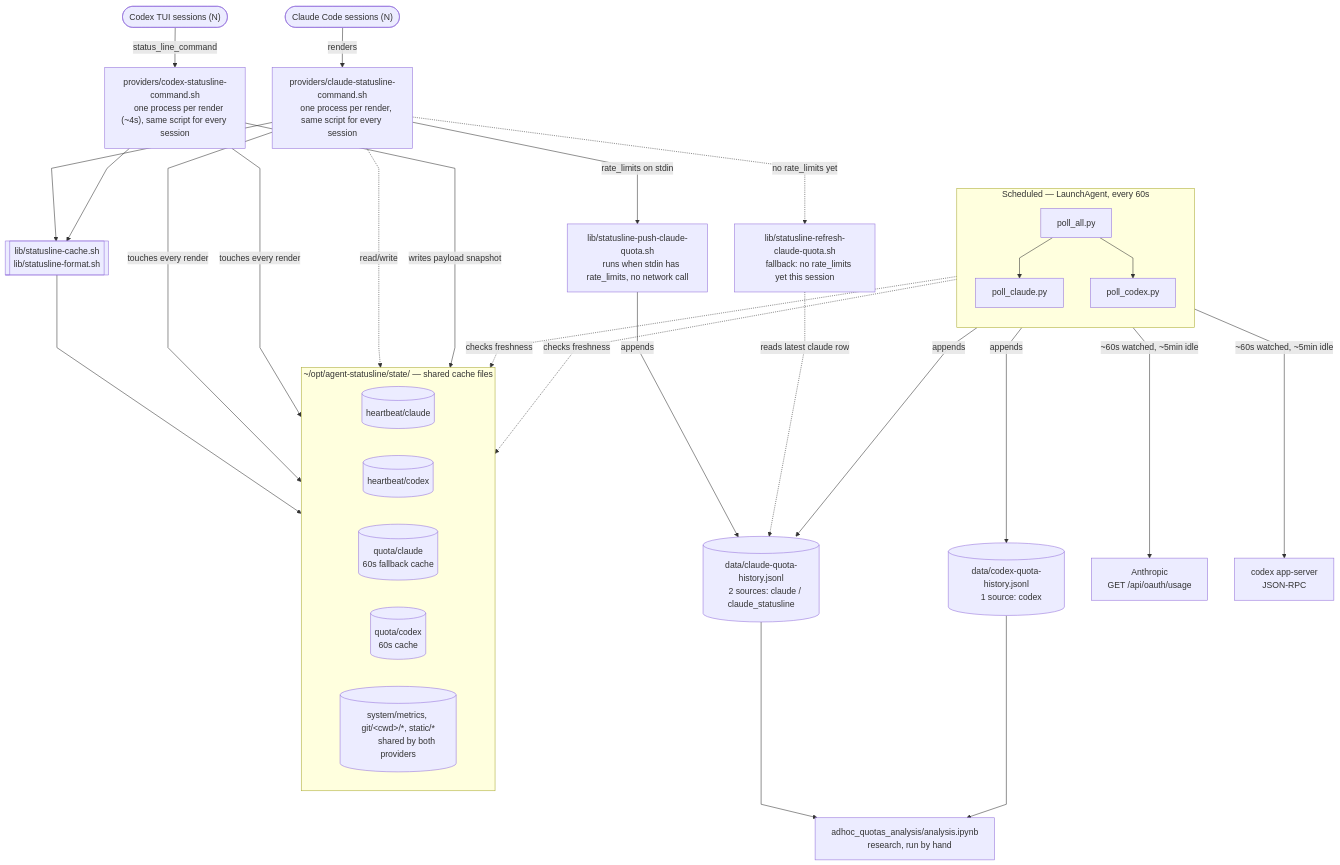
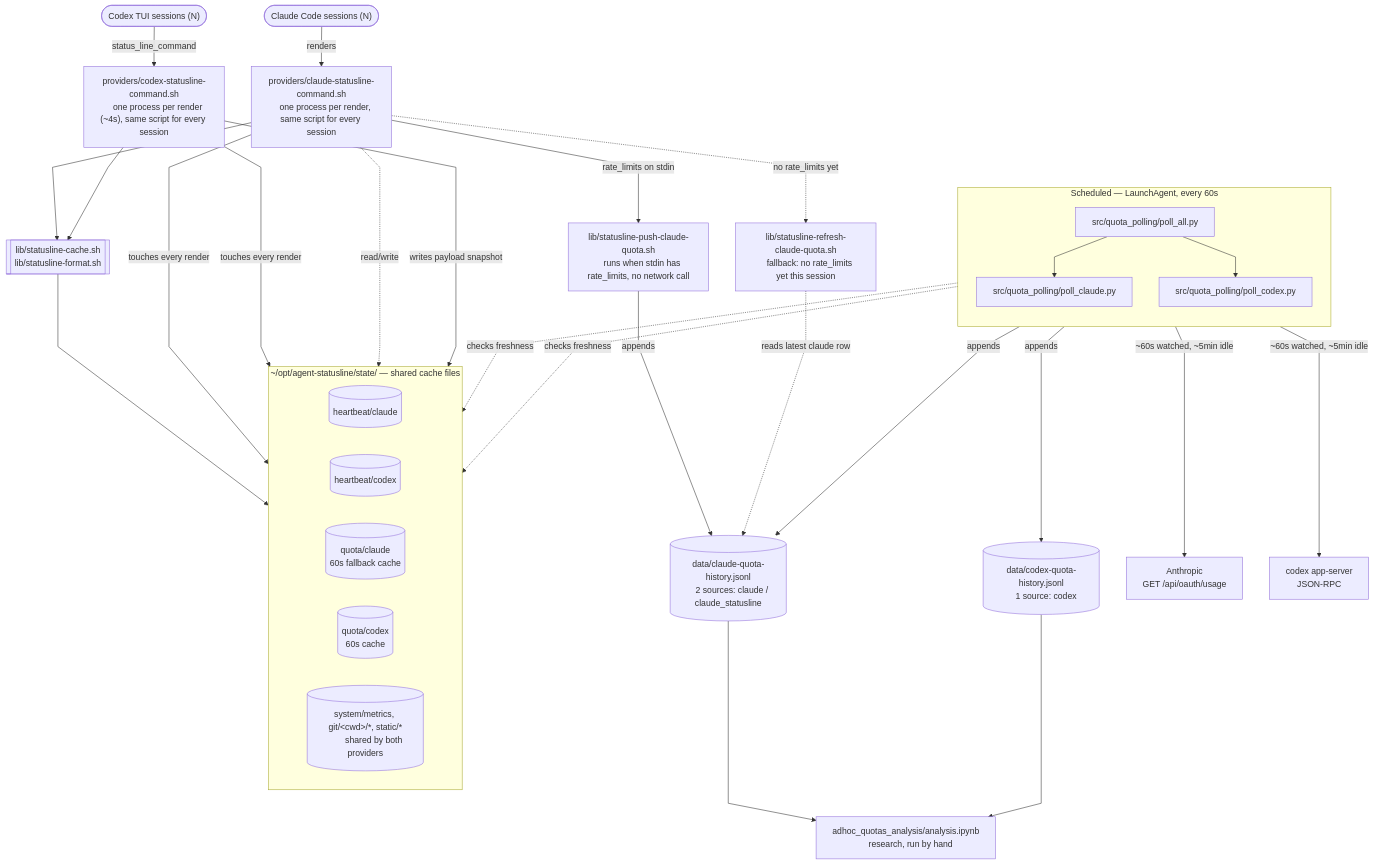
The diagram in README.md (JeanLescutMuller/agent-statusline), drawn with Mermaid before and after one commit. The commit also changed other lines of this file and 20 other files, not shown here.

````diff
--- a/README.md
+++ b/README.md
@@ -51,80 +58,80 @@
 ```mermaid
 %%{init: {"flowchart": {"curve": "linear"}}}%%
 flowchart TB
     claudeS(["Claude Code sessions (N)"])
     codexS(["Codex TUI sessions (N)"])
 
     provclaude["providers/claude-statusline-command.sh
     one process per render, same script for every session"]
     provcodex["providers/codex-statusline-command.sh
     one process per render (~4s), same script for every session"]
 
     sharedlib[["lib/statusline-cache.sh
     lib/statusline-format.sh"]]
 
     subgraph state["~/opt/agent-statusline/state/ — shared cache files"]
         direction LR
         hbC[("heartbeat/claude")]
         hbX[("heartbeat/codex")]
         ccC[("quota/claude
         60s fallback cache")]
         ccX[("quota/codex
         60s cache")]
         ccOther[("system/metrics, git/&lt;cwd&gt;/*, static/*
         shared by both providers")]
     end
 
     pushscript["lib/statusline-push-claude-quota.sh
     runs when stdin has rate_limits, no network call"]
     refreshscript["lib/statusline-refresh-claude-quota.sh
     fallback: no rate_limits yet this session"]
 
     claudelog[("data/claude-quota-history.jsonl
     2 sources: claude / claude_statusline")]
     codexlog[("data/codex-quota-history.jsonl
     1 source: codex")]
 
     subgraph pollers["Scheduled — LaunchAgent, every 60s"]
         direction TB
-        pollall["poll_all.py"]
-        pollclaude["poll_claude.py"]
-        pollcodex["poll_codex.py"]
+        pollall["src/quota_polling/poll_all.py"]
+        pollclaude["src/quota_polling/poll_claude.py"]
+        pollcodex["src/quota_polling/poll_codex.py"]
     end
 
     anthropicusage["Anthropic
     GET /api/oauth/usage"]
     codexrpc["codex app-server
     JSON-RPC"]
     notebook["adhoc_quotas_analysis/analysis.ipynb
     research, run by hand"]
 
     claudeS -->|renders| provclaude
     codexS -->|"status_line_command"| provcodex
 
     provclaude --> sharedlib
     provcodex --> sharedlib
     sharedlib --> ccOther
 
     provclaude -->|touches every render| hbC
     provcodex -->|touches every render| hbX
 
     provclaude -->|"rate_limits on stdin"| pushscript
     pushscript -->|appends| claudelog
     provclaude -.->|"no rate_limits yet"| refreshscript
     refreshscript -.->|reads latest claude row| claudelog
     provclaude -.->|read/write| ccC
 
     provcodex -->|writes payload snapshot| ccX
 
     pollall --> pollclaude
     pollall --> pollcodex
     pollclaude -.->|checks freshness| hbC
     pollclaude -->|"~60s watched, ~5min idle"| anthropicusage
     pollclaude -->|appends| claudelog
     pollcodex -.->|checks freshness| hbX
     pollcodex -->|"~60s watched, ~5min idle"| codexrpc
     pollcodex -->|appends| codexlog
 
     claudelog --> notebook
     codexlog --> notebook
 ```
````
